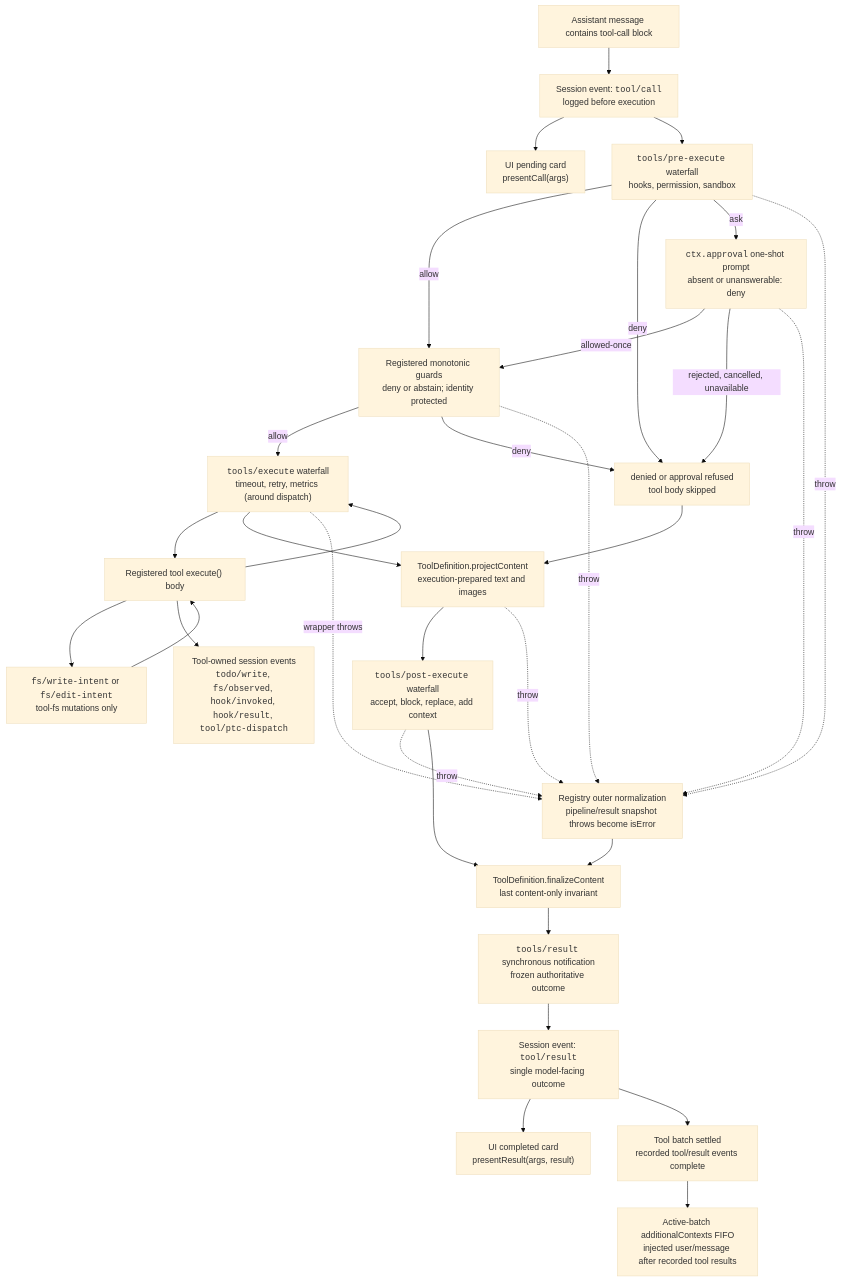
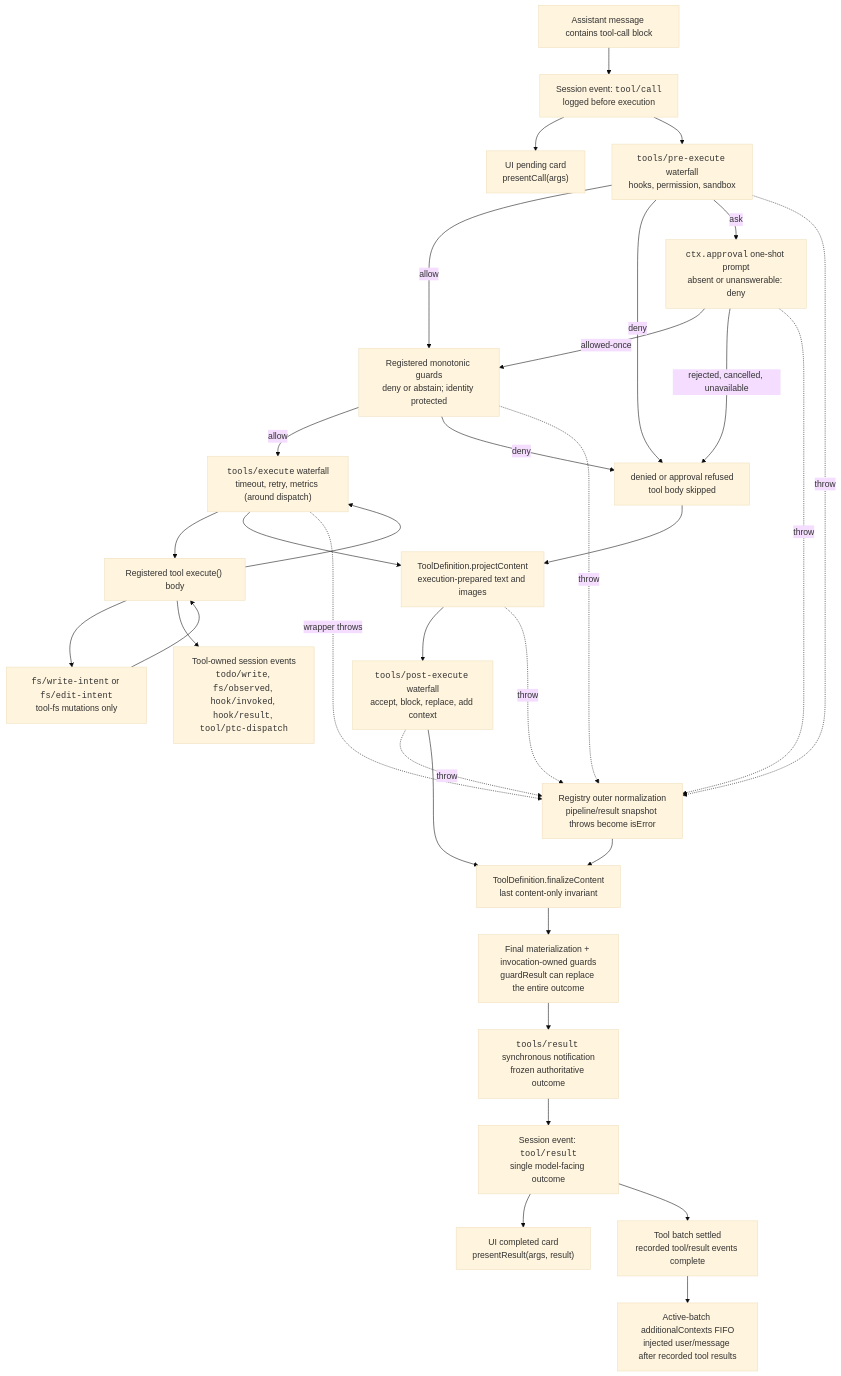
Before and after one commit to amAbdoMo/Harnessy: the diagram in docs/tool-execution-pipeline.md, drawn with Mermaid (base theme). The commit also changed other lines of this file and 175 other files, not shown here.

````diff
--- a/docs/tool-execution-pipeline.md
+++ b/docs/tool-execution-pipeline.md
@@ -8,54 +8,56 @@
 ```mermaid
 flowchart TD
   model["Assistant message contains tool-call block"]
   toolCall["Session event: <code>tool/call</code><br/>logged before execution"]
   presentCall["UI pending card<br/>presentCall(args)"]
   pre["<code>tools/pre-execute</code> waterfall<br/>hooks, permission, sandbox"]
   guards["Registered monotonic guards<br/>deny or abstain; identity protected"]
   denied["denied or approval refused<br/>tool body skipped"]
   approval["<code>ctx.approval</code> one-shot prompt<br/>absent or unanswerable: deny"]
   around["<code>tools/execute</code> waterfall<br/>timeout, retry, metrics (around dispatch)"]
   toolBody["Registered tool execute() body"]
   fsGate["<code>fs/write-intent</code> or <code>fs/edit-intent</code><br/>tool-fs mutations only"]
   owned["Tool-owned session events<br/><code>todo/write</code>, <code>fs/observed</code>, <code>hook/invoked</code>, <code>hook/result</code>, <code>tool/ptc-dispatch</code>"]
   project["ToolDefinition.projectContent<br/>execution-prepared text and images"]
   post["<code>tools/post-execute</code> waterfall<br/>accept, block, replace, add context"]
   normalized["Registry outer normalization<br/>pipeline/result snapshot throws become isError"]
   finalize["ToolDefinition.finalizeContent<br/>last content-only invariant"]
+  accept["Final materialization + invocation-owned guards<br/>guardResult can replace the entire outcome"]
   final["<code>tools/result</code> synchronous notification<br/>frozen authoritative outcome"]
   context["Active-batch additionalContexts FIFO<br/>injected user/message after recorded tool results"]
   toolResult["Session event: <code>tool/result</code><br/>single model-facing outcome"]
   allResults["Tool batch settled<br/>recorded tool/result events complete"]
   presentResult["UI completed card<br/>presentResult(args, result)"]
   model --> toolCall
   toolCall --> presentCall
   toolCall --> pre
   pre -->|allow| guards
   guards -->|allow| around
   guards -->|deny| denied
   guards -.->|throw| normalized
   around --> toolBody
   pre -->|deny| denied
   pre -->|ask| approval
   approval -->|allowed-once| guards
   approval -->|rejected, cancelled, unavailable| denied
   approval -.->|throw| normalized
   denied --> project
   pre -.->|throw| normalized
   toolBody --> fsGate
   fsGate --> toolBody
   toolBody --> owned
   toolBody --> around
   around --> project
   project --> post
   project -.->|throw| normalized
   around -.->|wrapper throws| normalized
   post -.->|throw| normalized
   post --> finalize
   normalized --> finalize
-  finalize --> final
+  finalize --> accept
+  accept --> final
   final --> toolResult
   toolResult --> presentResult
   toolResult --> allResults
   allResults --> context
 ```
````
